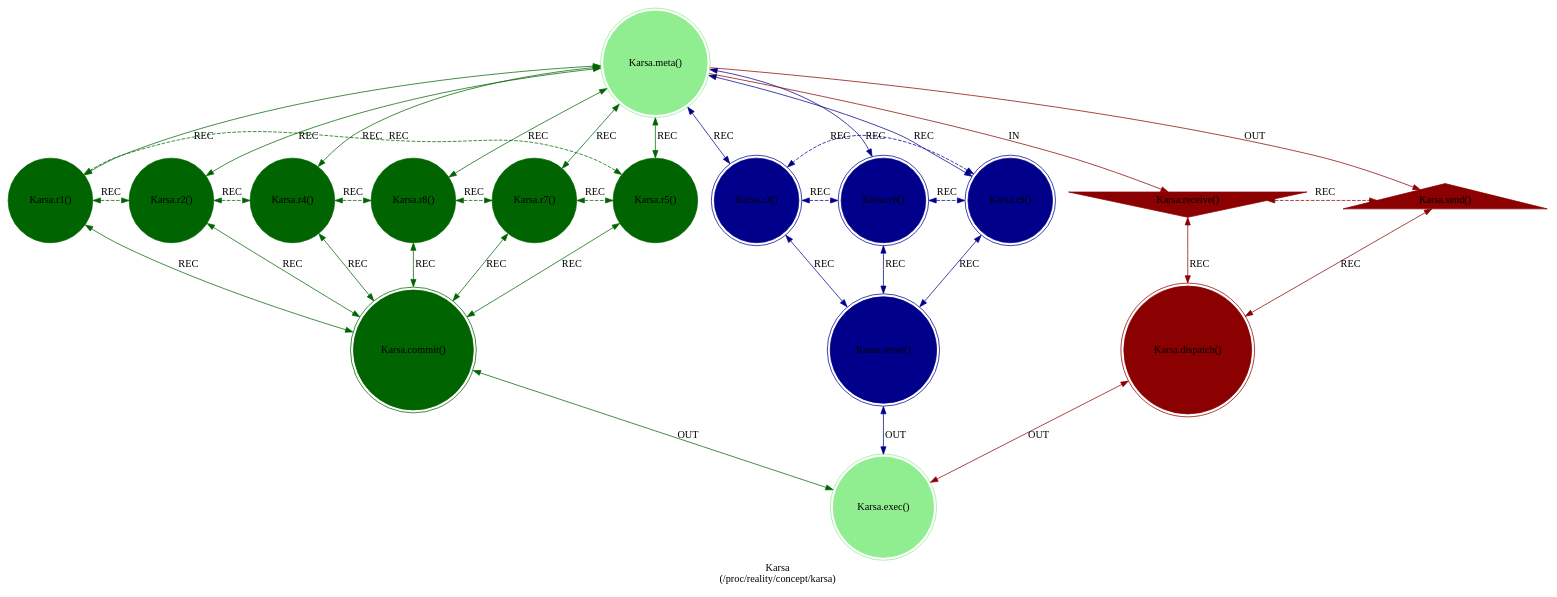
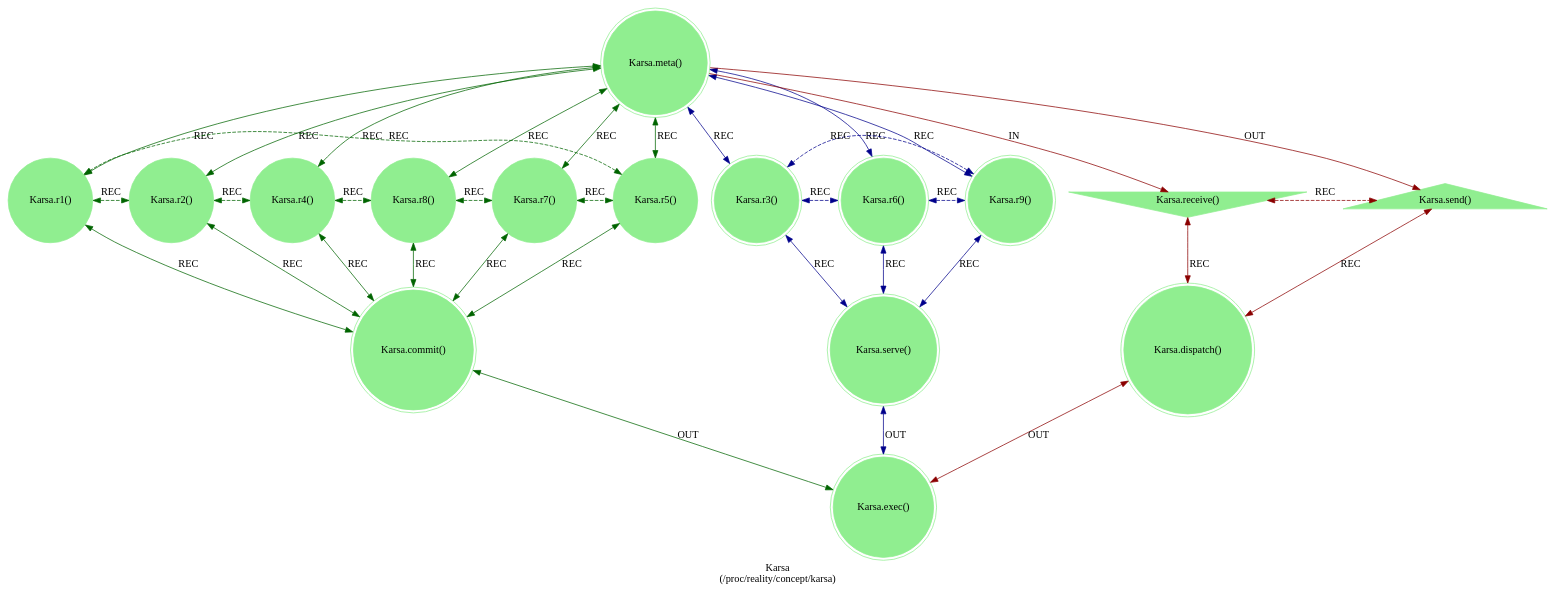
One commit to cilang/mythos changed the diagram in src/includes/concept/karsa.dot. Above: the diagram before and after it, drawn with Graphviz. The commit also changed 11 other files, not shown here.

```diff
--- a/src/includes/concept/karsa.dot
+++ b/src/includes/concept/karsa.dot
@@ -1,48 +1,48 @@
 strict digraph Karsa {
     label = "Karsa\n(/proc/reality/concept/karsa)";
     style = filled;
     color = lightgray;
     node [shape = circle; style = filled; color = lightgreen;];
     
     // The Axis A-0-B (In-Meta-Out).
     // The Sacred 3-6-9 (Boundary of Perception).
     // The Vortex 1-2-4-8-7-5 (Boundary of Comprehension).
     // The Router C-D-E
     // The Closure F
     spark_0_t [label = "Karsa.meta()";comment = "";shape = doublecircle;];
-    spark_1_t [label = "Karsa.r1()";comment = "";shape = circle;color = darkgreen;];
-    spark_2_t [label = "Karsa.r2()";comment = "";shape = circle;color = darkgreen;];
-    spark_4_t [label = "Karsa.r4()";comment = "";shape = circle;color = darkgreen;];
-    spark_8_t [label = "Karsa.r8()";comment = "";shape = circle;color = darkgreen;];
-    spark_7_t [label = "Karsa.r7()";comment = "";shape = circle;color = darkgreen;];
-    spark_5_t [label = "Karsa.r5()";comment = "";shape = circle;color = darkgreen;];
-    spark_3_t [label = "Karsa.r3()";comment = "Rhythm and Pattern";shape = doublecircle;color = darkblue;];
-    spark_6_t [label = "Karsa.r6()";comment = "Inertia and Momentum";shape = doublecircle;color = darkblue;];
-    spark_9_t [label = "Karsa.r9()";comment = "Time and Space";shape = doublecircle;color = darkblue;];
-    spark_a_t [label = "Karsa.receive()";comment = "Fixation";shape = invtriangle;color = darkred;];
-    spark_b_t [label = "Karsa.send()";comment = "Excitation";shape = triangle;color = darkred;];
-    spark_c_t [label = "Karsa.dispatch()";comment = "";shape = doublecircle;color = darkred;];
-    spark_d_t [label = "Karsa.commit()";comment = "";shape = doublecircle;color = darkgreen;];
-    spark_e_t [label = "Karsa.serve()";comment = "";shape = doublecircle;color = darkblue;];
+    spark_1_t [label = "Karsa.r1()";comment = "";shape = circle;];
+    spark_2_t [label = "Karsa.r2()";comment = "";shape = circle;];
+    spark_4_t [label = "Karsa.r4()";comment = "";shape = circle;];
+    spark_8_t [label = "Karsa.r8()";comment = "";shape = circle;];
+    spark_7_t [label = "Karsa.r7()";comment = "";shape = circle;];
+    spark_5_t [label = "Karsa.r5()";comment = "";shape = circle;];
+    spark_3_t [label = "Karsa.r3()";comment = "Rhythm and Pattern";shape = doublecircle;];
+    spark_6_t [label = "Karsa.r6()";comment = "Inertia and Momentum";shape = doublecircle;];
+    spark_9_t [label = "Karsa.r9()";comment = "Time and Space";shape = doublecircle;];
+    spark_a_t [label = "Karsa.receive()";comment = "Fixation";shape = invtriangle;];
+    spark_b_t [label = "Karsa.send()";comment = "Excitation";shape = triangle;];
+    spark_c_t [label = "Karsa.dispatch()";comment = "";shape = doublecircle;];
+    spark_d_t [label = "Karsa.commit()";comment = "";shape = doublecircle;];
+    spark_e_t [label = "Karsa.serve()";comment = "";shape = doublecircle;];
     spark_f_t [label = "Karsa.exec()";comment = "";shape = doublecircle;];
     
     // IN = Input
     // OUT = Output
     // REC = Recursion
     spark_0_t -> spark_a_t [label = "IN"; color = darkred; comment = "";];
     spark_0_t -> spark_b_t [label = "OUT"; color = darkred; comment = "";];
     spark_0_t -> {spark_3_t spark_6_t spark_9_t} [label = "REC"; color = darkblue; comment = ""; dir = both;];
     spark_0_t -> {spark_1_t spark_2_t spark_4_t spark_8_t spark_7_t spark_5_t} [label = "REC"; color = darkgreen; comment = ""; dir = both;];
     
     {spark_a_t spark_b_t} -> spark_c_t [label = "REC"; color = darkred; comment = ""; dir = both;];
     {spark_1_t spark_2_t spark_4_t spark_8_t spark_7_t spark_5_t} -> spark_d_t [label = "REC"; color = darkgreen; comment = ""; dir = both;];
     {spark_3_t spark_6_t spark_9_t} -> spark_e_t [label = "REC"; color = darkblue; comment = ""; dir = both;];
     
     spark_1_t -> spark_2_t -> spark_4_t -> spark_8_t -> spark_7_t -> spark_5_t -> spark_1_t [label = "REC"; color = darkgreen; comment = ""; style = dashed; constraint = false; dir = both;];
     spark_3_t -> spark_6_t -> spark_9_t -> spark_3_t [label = "REC"; color = darkblue; comment = ""; style = dashed; constraint = false; dir = both;];
     spark_a_t -> spark_b_t [label = "REC"; color = darkred; comment = ""; constraint = false; style = dashed; dir = both;];
     
     spark_c_t -> spark_f_t [label = "OUT"; color = darkred; comment = ""; dir = both;];
     spark_d_t -> spark_f_t [label = "OUT"; color = darkgreen; comment = ""; dir = both;];
     spark_e_t -> spark_f_t [label = "OUT"; color = darkblue; comment = ""; dir = both;];
 }
```
